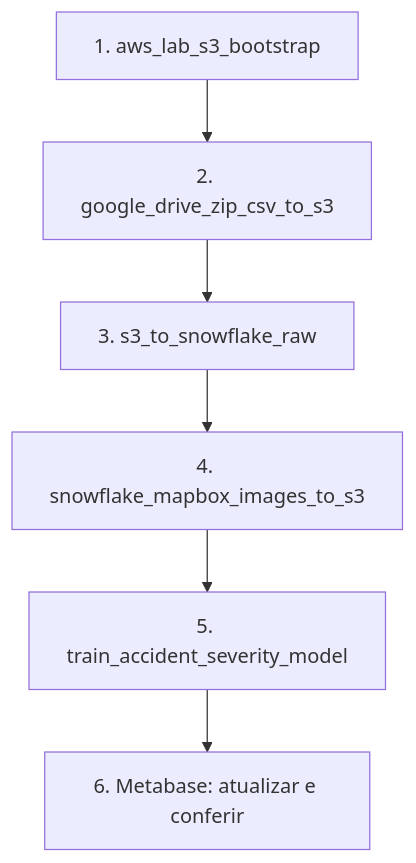
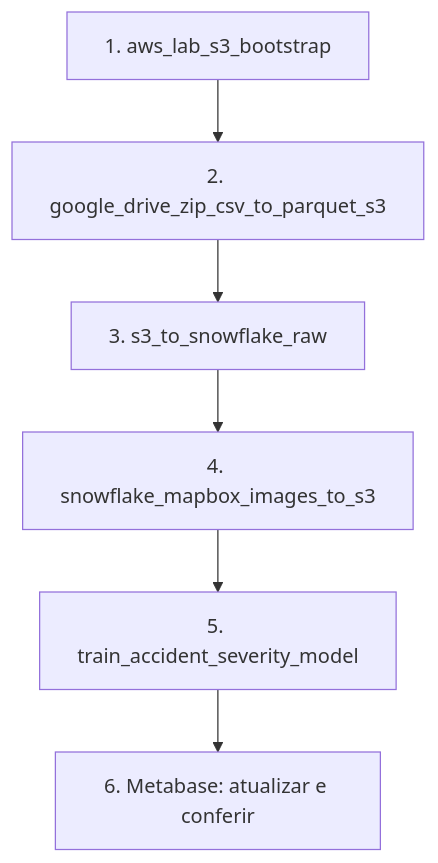
One commit to JPmarqs/ProjetoFinalIntegrado changed the diagram in docs/05_execucao_ponta_a_ponta.md. Above: the diagram before and after it, drawn with Mermaid. The commit also changed other lines of this file and 14 other files, not shown here.

````diff
--- a/docs/05_execucao_ponta_a_ponta.md
+++ b/docs/05_execucao_ponta_a_ponta.md
@@ -29,8 +29,8 @@
 ```mermaid
 flowchart TD
-    A["1. aws_lab_s3_bootstrap"] --> B["2. google_drive_zip_csv_to_s3"]
+    A["1. aws_lab_s3_bootstrap"] --> B["2. google_drive_zip_csv_to_parquet_s3"]
     B --> C["3. s3_to_snowflake_raw"]
     C --> D["4. snowflake_mapbox_images_to_s3"]
     D --> E["5. train_accident_severity_model"]
     E --> F["6. Metabase: atualizar e conferir"]
 ```
````
